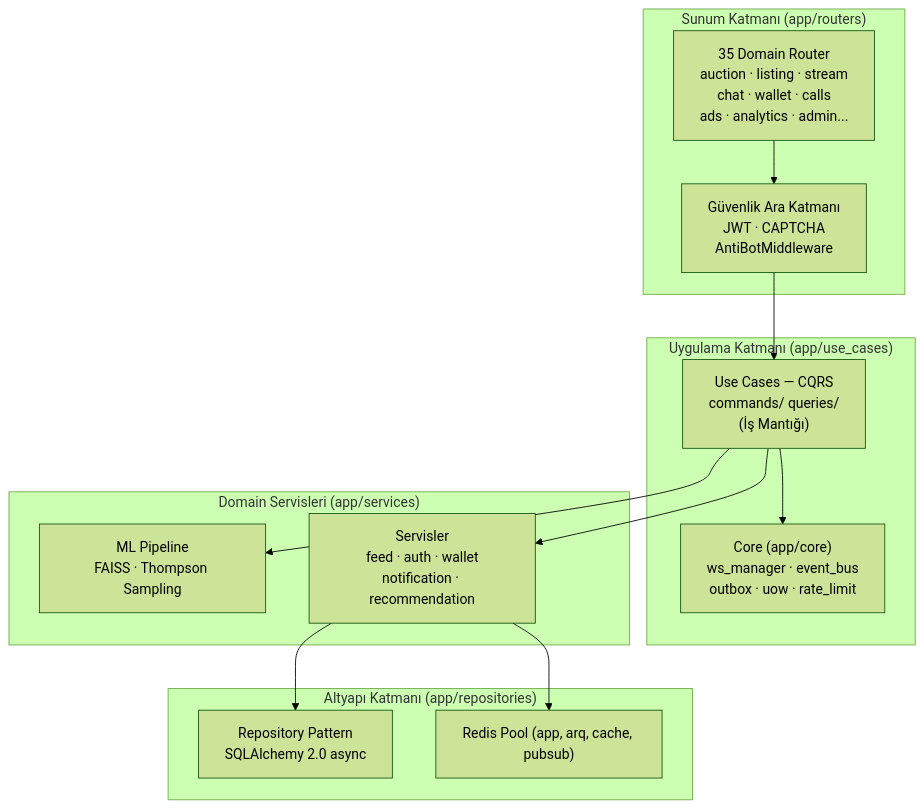
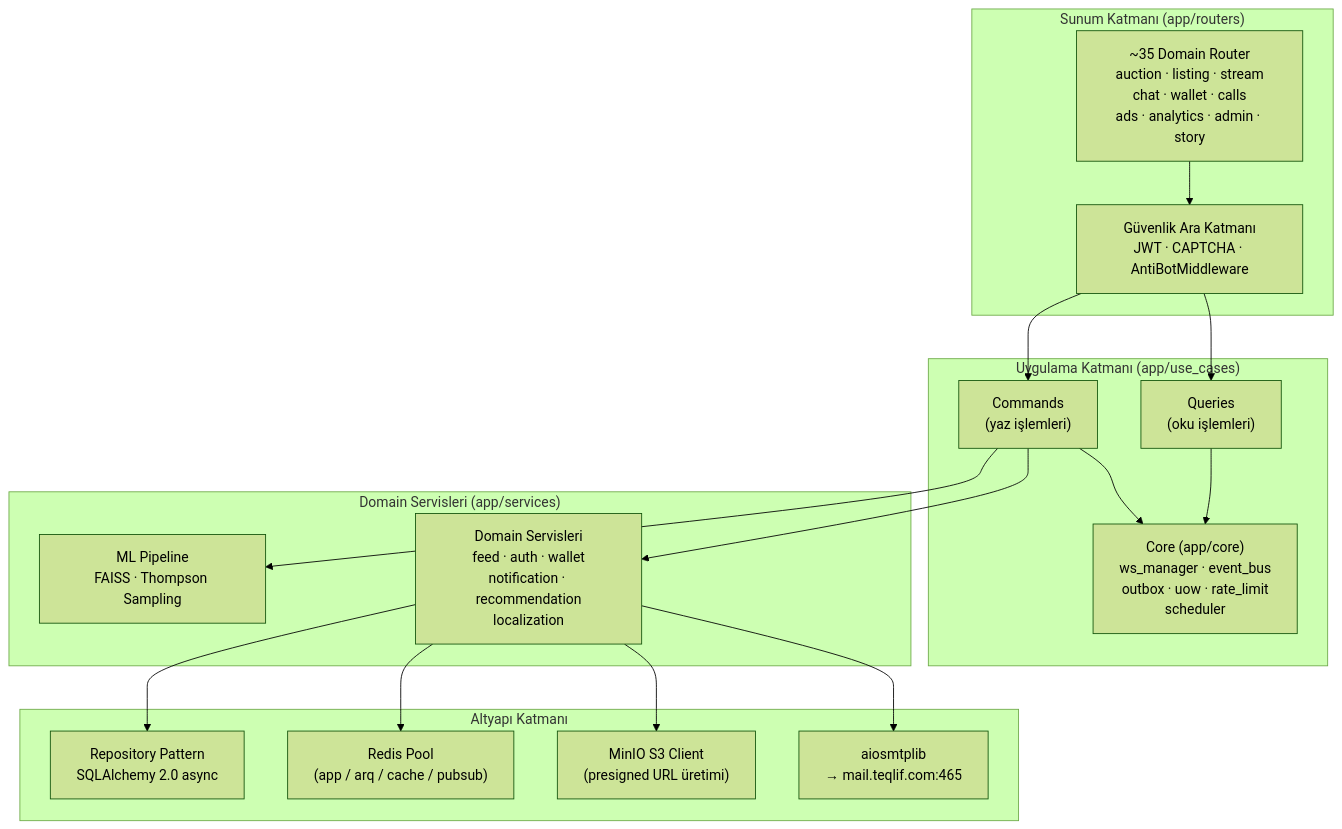
One commit to tucibeyin/teqlif changed the third of 12 diagrams in README.md. Above: the diagram before and after it, drawn with Mermaid (forest theme). The commit also changed other lines of this file, not shown here.

````diff
--- a/README.md
+++ b/README.md
@@ -196,30 +250,30 @@
 ```mermaid
 flowchart TB
     subgraph PRES["Sunum Katmanı (app/routers)"]
-        ROUTERS["35 Domain Router\nauction · listing · stream\nchat · wallet · calls\nads · analytics · admin..."]
-        SEC["Güvenlik Ara Katmanı\nJWT · CAPTCHA\nAntiBotMiddleware"]
+        ROUTERS["~35 Domain Router\nauction · listing · stream\nchat · wallet · calls\nads · analytics · admin · story"]
+        SEC["Güvenlik Ara Katmanı\nJWT · CAPTCHA · AntiBotMiddleware"]
     end
 
     subgraph APP["Uygulama Katmanı (app/use_cases)"]
-        UC["Use Cases — CQRS\ncommands/ queries/\n(İş Mantığı)"]
-        CORE["Core (app/core)\nws_manager · event_bus\noutbox · uow · rate_limit"]
+        UC_CMD["Commands\n(yaz işlemleri)"]
+        UC_QRY["Queries\n(oku işlemleri)"]
+        CORE_L["Core (app/core)\nws_manager · event_bus\noutbox · uow · rate_limit\nscheduler"]
     end
 
     subgraph DOM["Domain Servisleri (app/services)"]
         ML["ML Pipeline\nFAISS · Thompson Sampling"]
-        SVC["Servisler\nfeed · auth · wallet\nnotification · recommendation"]
+        SVC["Domain Servisleri\nfeed · auth · wallet\nnotification · recommendation\nlocalization"]
     end
 
-    subgraph INFRA["Altyapı Katmanı (app/repositories)"]
+    subgraph INFRA["Altyapı Katmanı"]
         REPO["Repository Pattern\nSQLAlchemy 2.0 async"]
-        REDIS_C["Redis Pool (app, arq, cache, pubsub)"]
+        REDIS_C["Redis Pool\n(app / arq / cache / pubsub)"]
+        S3["MinIO S3 Client\n(presigned URL üretimi)"]
+        EMAIL["aiosmtplib\n→ mail.teqlif.com:465"]
     end
 
-    ROUTERS --> SEC
-    SEC --> UC
-    UC --> CORE
-    UC --> ML
-    UC --> SVC
-    SVC --> REPO
-    SVC --> REDIS_C
+    ROUTERS --> SEC --> UC_CMD & UC_QRY
+    UC_CMD & UC_QRY --> CORE_L
+    UC_CMD --> ML & SVC
+    SVC --> REPO & REDIS_C & S3 & EMAIL
 ```
````
